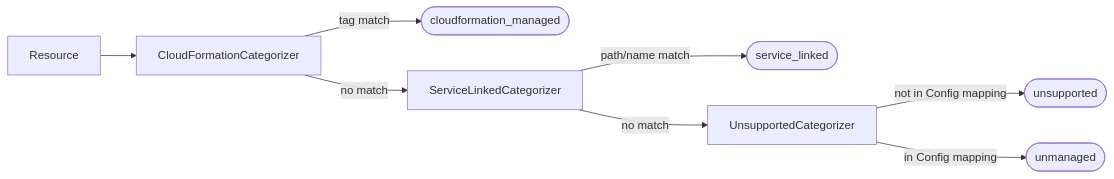
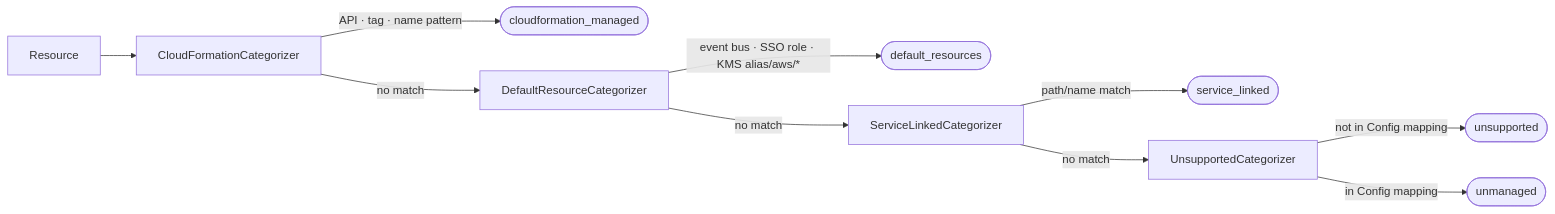
Before and after one commit to AgentWong/driftctl: the tenth of 12 diagrams in docs/code-logic-diagram.md, drawn with Mermaid. The commit also changed other lines of this file and 7 other files, not shown here.

````diff
--- a/docs/code-logic-diagram.md
+++ b/docs/code-logic-diagram.md
@@ -200,10 +202,12 @@
 ```mermaid
 flowchart LR
     Resource --> C1[CloudFormationCategorizer]
-    C1 --> |tag match| CFC([cloudformation_managed])
-    C1 --> |no match| C2[ServiceLinkedCategorizer]
-    C2 --> |path/name match| SLC([service_linked])
-    C2 --> |no match| C3[UnsupportedCategorizer]
-    C3 --> |not in Config mapping| UC([unsupported])
-    C3 --> |in Config mapping| Default([unmanaged])
+    C1 --> |API · tag · name pattern| CFC([cloudformation_managed])
+    C1 --> |no match| C2[DefaultResourceCategorizer]
+    C2 --> |event bus · SSO role · KMS alias/aws/*| DRC([default_resources])
+    C2 --> |no match| C3[ServiceLinkedCategorizer]
+    C3 --> |path/name match| SLC([service_linked])
+    C3 --> |no match| C4[UnsupportedCategorizer]
+    C4 --> |not in Config mapping| UC([unsupported])
+    C4 --> |in Config mapping| Default([unmanaged])
 ```
````
